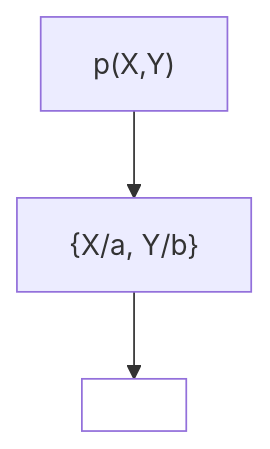
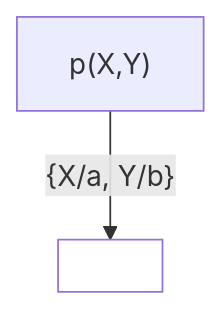
Before and after one commit to bosoninfo/Resource_AI-Prolog-Essential: the first of 6 diagrams in Chapter07/README.md, drawn with Mermaid. The commit also changed other lines of this file, not shown here.

````diff
--- a/Chapter07/README.md
+++ b/Chapter07/README.md
@@ -373,6 +373,6 @@
 ```mermaid
 flowchart TD
-    A["p(X,Y)"] --> B["{X/a, Y/b}"] --> C[ ]
-    C:::classwhite
+    A["p(X,Y)"] -- "{X/a, Y/b}" --> B[ ]
+    B:::classwhite
     classDef classwhite fill:#fff
 ```
````
